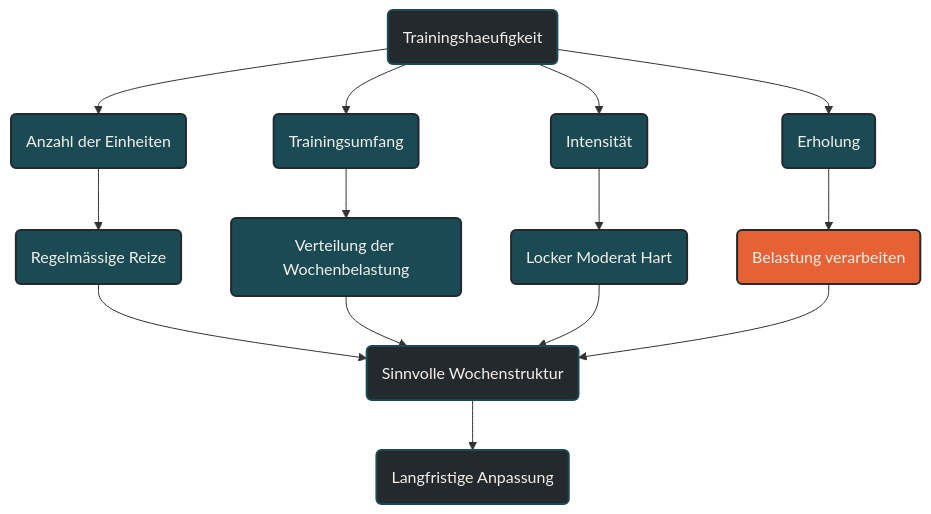
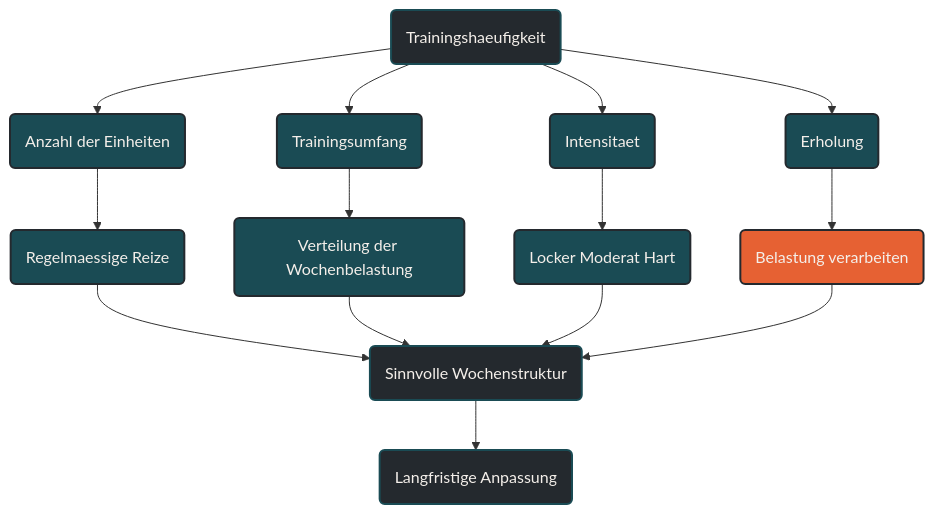
Before and after one commit to Quixos40K/ausdauersport-typemill: the diagram in content/00-ausdauersport/00-trainingswissenschaft/03-trainingsplanung/04-trainingshaeufigkeit.md, drawn with Mermaid. The commit also changed other lines of this file, not shown here.

````diff
--- a/content/00-ausdauersport/00-trainingswissenschaft/03-trainingsplanung/04-trainingshaeufigkeit.md
+++ b/content/00-ausdauersport/00-trainingswissenschaft/03-trainingsplanung/04-trainingshaeufigkeit.md
@@ -91,36 +91,36 @@
 ```mermaid
 graph TD
     A(Trainingshaeufigkeit) --> B(Anzahl der Einheiten)
     A --> C(Trainingsumfang)
-    A --> D(Intensität)
+    A --> D(Intensitaet)
     A --> E(Erholung)
 
-    B --> F(Regelmässige Reize)
+    B --> F(Regelmaessige Reize)
     C --> G(Verteilung der Wochenbelastung)
     D --> H(Locker Moderat Hart)
     E --> I(Belastung verarbeiten)
 
     F --> J(Sinnvolle Wochenstruktur)
     G --> J
     H --> J
     I --> J
 
     J --> K(Langfristige Anpassung)
 
     classDef default fill:#F4EFEA,stroke:#1A4B54,stroke-width:2px,color:#24292E;
     classDef primary fill:#1A4B54,stroke:#24292E,stroke-width:2px,color:#F4EFEA;
     classDef highlight fill:#E66133,stroke:#24292E,stroke-width:2px,color:#F4EFEA;
     classDef dark fill:#24292E,stroke:#1A4B54,stroke-width:2px,color:#F4EFEA;
 
     class A dark;
     class B primary;
     class C primary;
     class D primary;
     class E primary;
     class F primary;
     class G primary;
     class H primary;
     class I highlight;
     class J dark;
     class K dark;
 ```
````
